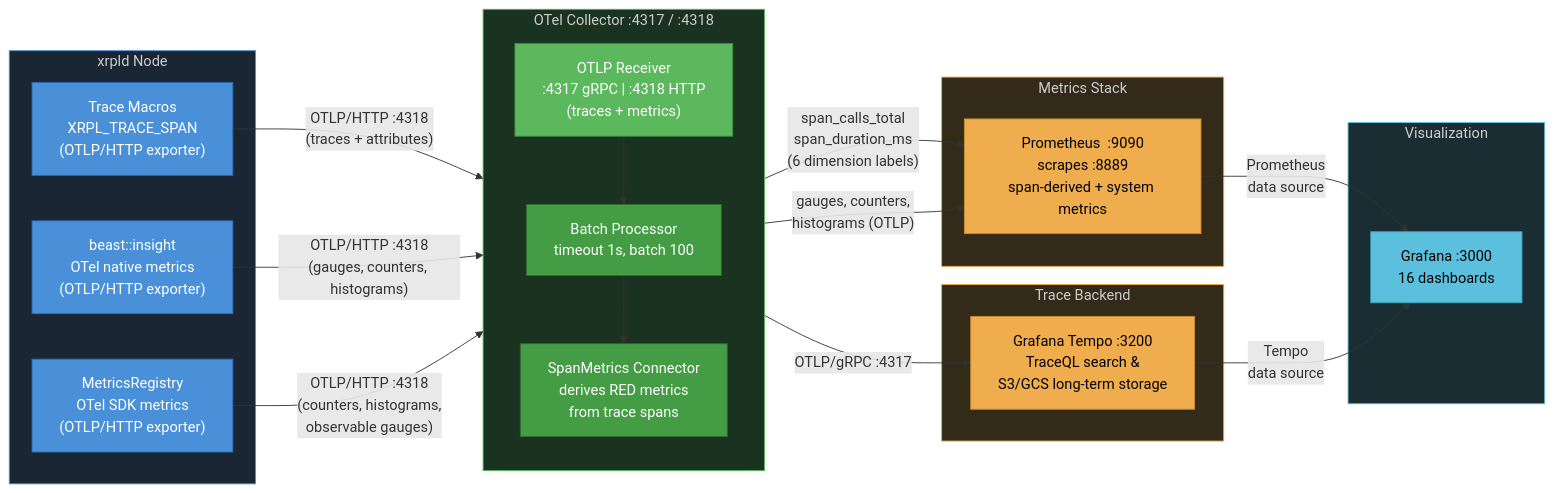
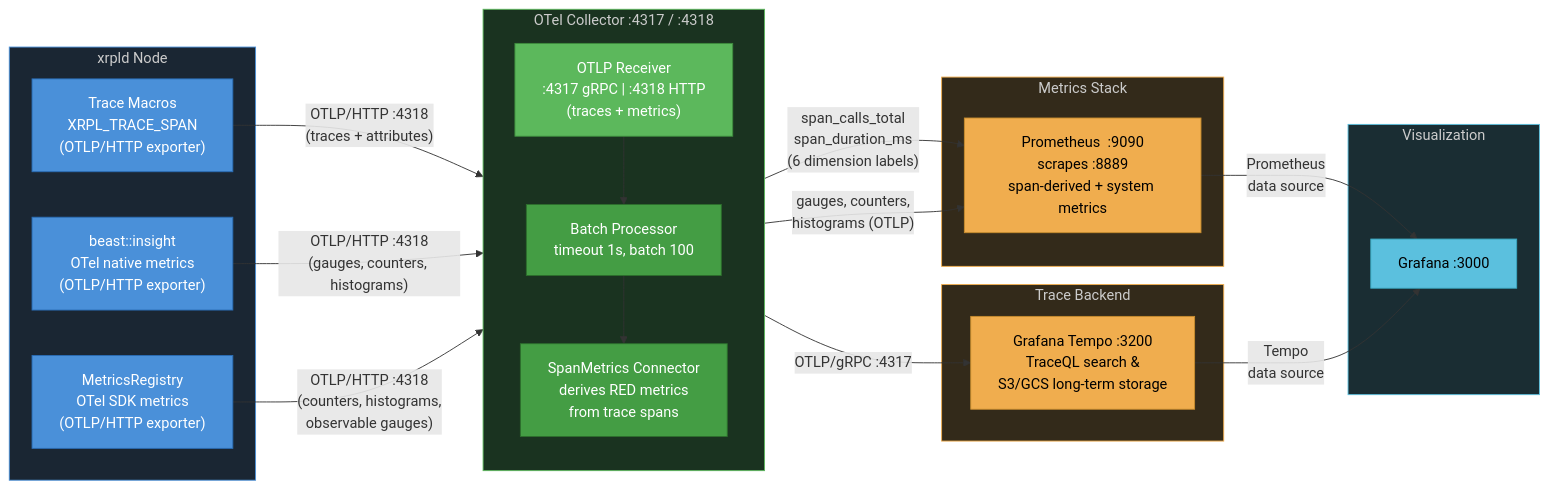
Before and after one commit to XRPLF/rippled: the diagram in OpenTelemetryPlan/09-data-collection-reference.md, drawn with Mermaid. The commit also changed other lines of this file and 3 other files, not shown here.

````diff
--- a/OpenTelemetryPlan/09-data-collection-reference.md
+++ b/OpenTelemetryPlan/09-data-collection-reference.md
@@ -9,57 +9,57 @@
 ```mermaid
 graph LR
     subgraph xrpldNode["xrpld Node"]
         A["Trace Macros<br/>XRPL_TRACE_SPAN<br/>(OTLP/HTTP exporter)"]
         B["beast::insight<br/>OTel native metrics<br/>(OTLP/HTTP exporter)"]
         C["MetricsRegistry<br/>OTel SDK metrics<br/>(OTLP/HTTP exporter)"]
     end
 
     subgraph collector["OTel Collector  :4317 / :4318"]
         direction TB
         R1["OTLP Receiver<br/>:4317 gRPC  |  :4318 HTTP<br/>(traces + metrics)"]
         BP["Batch Processor<br/>timeout 1s, batch 100"]
         SM["SpanMetrics Connector<br/>derives RED metrics<br/>from trace spans"]
 
         R1 --> BP
         BP --> SM
     end
 
     subgraph backends["Trace Backend"]
         D["Grafana Tempo  :3200<br/>TraceQL search &<br/>S3/GCS long-term storage"]
     end
 
     subgraph metrics["Metrics Stack"]
         E["Prometheus  :9090<br/>scrapes :8889<br/>span-derived + system metrics"]
     end
 
     subgraph viz["Visualization"]
-        F["Grafana  :3000<br/>16 dashboards"]
+        F["Grafana  :3000"]
     end
 
     A -->|"OTLP/HTTP :4318<br/>(traces + attributes)"| R1
     B -->|"OTLP/HTTP :4318<br/>(gauges, counters, histograms)"| R1
     C -->|"OTLP/HTTP :4318<br/>(counters, histograms,<br/>observable gauges)"| R1
 
     BP -->|"OTLP/gRPC :4317"| D
 
     SM -->|"span_calls_total<br/>span_duration_ms<br/>(6 dimension labels)"| E
     R1 -->|"gauges, counters,<br/>histograms (OTLP)"| E
 
     E -->|"Prometheus<br/>data source"| F
     D -->|"Tempo<br/>data source"| F
 
     style A fill:#4a90d9,color:#fff,stroke:#2a6db5
     style B fill:#4a90d9,color:#fff,stroke:#2a6db5
     style C fill:#4a90d9,color:#fff,stroke:#2a6db5
     style R1 fill:#5cb85c,color:#fff,stroke:#3d8b3d
     style BP fill:#449d44,color:#fff,stroke:#2d6e2d
     style SM fill:#449d44,color:#fff,stroke:#2d6e2d
     style D fill:#f0ad4e,color:#000,stroke:#c78c2e
     style E fill:#f0ad4e,color:#000,stroke:#c78c2e
     style F fill:#5bc0de,color:#000,stroke:#3aa8c1
     style xrpldNode fill:#1a2633,color:#ccc,stroke:#4a90d9
     style collector fill:#1a3320,color:#ccc,stroke:#5cb85c
     style backends fill:#332a1a,color:#ccc,stroke:#f0ad4e
     style metrics fill:#332a1a,color:#ccc,stroke:#f0ad4e
     style viz fill:#1a2d33,color:#ccc,stroke:#5bc0de
 ```
````
